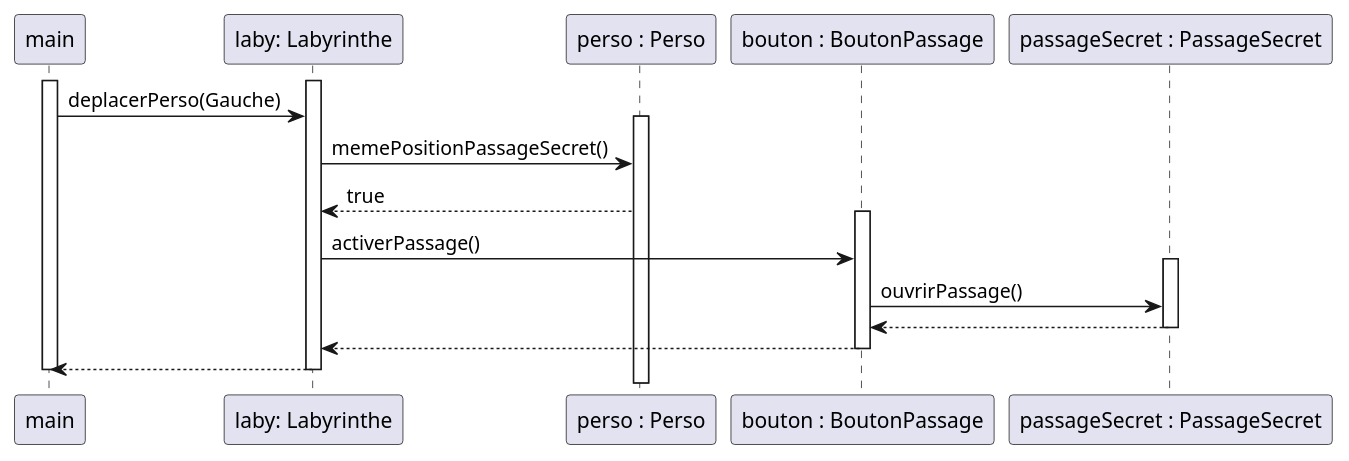
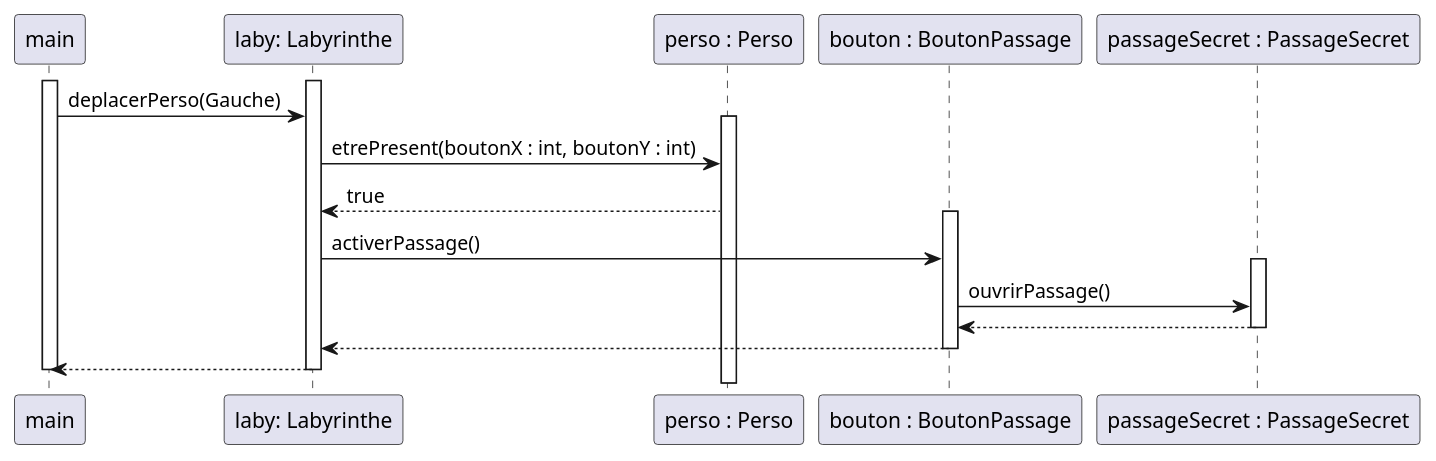
The diagram in documents/version_2/diagrammeSequenceOuverturePassage.puml (Zhi-Sheng-Trieu/2022_Zeldiablo_Doan_Oudin_Trieu_Noel), drawn with PlantUML before and after one commit. The commit also changed 3 other files, not shown here.

Commit message:
Modif diagrammes de séquence

```diff
--- a/documents/version_2/diagrammeSequenceOuverturePassage.puml
+++ b/documents/version_2/diagrammeSequenceOuverturePassage.puml
@@ -1,26 +1,26 @@
 @startuml
 participant "main" as main
 participant "laby: Labyrinthe" as laby
 participant "perso : Perso" as perso
 participant "bouton : BoutonPassage" as bouton
 participant "passageSecret : PassageSecret" as passageSecret
 
 activate main
     activate laby
         main -> laby : deplacerPerso(Gauche)
         activate perso
-        laby -> perso : memePositionPassageSecret()
+        laby -> perso : etrePresent(boutonX : int, boutonY : int)
         perso --> laby : true
         activate bouton
         laby -> bouton : activerPassage()
         activate passageSecret
             bouton -> passageSecret : ouvrirPassage()
             passageSecret --> bouton
         deactivate passageSecret
         bouton --> laby
         deactivate bouton
         laby --> main
     deactivate laby
 deactivate main
 
 @enduml
```
